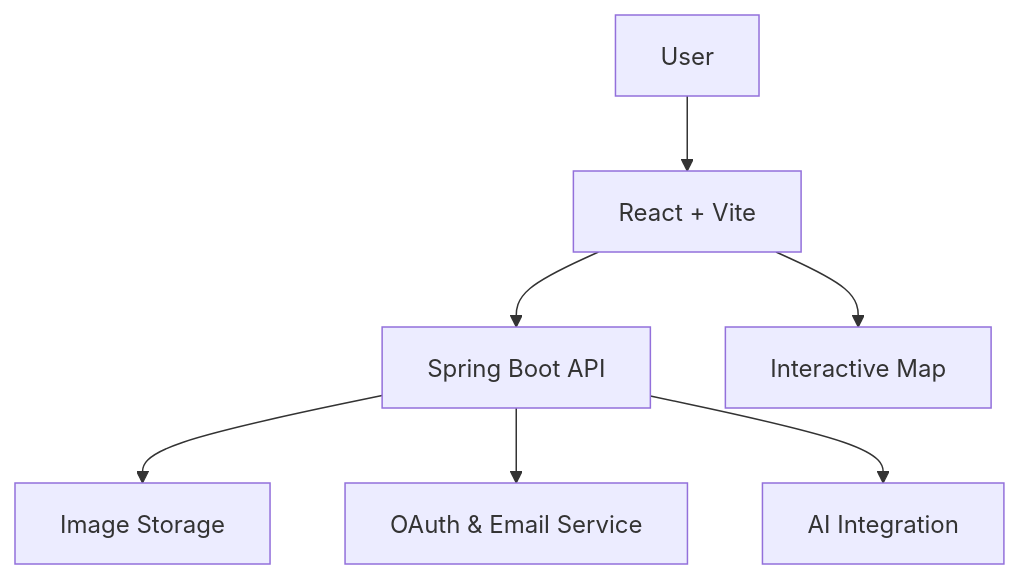
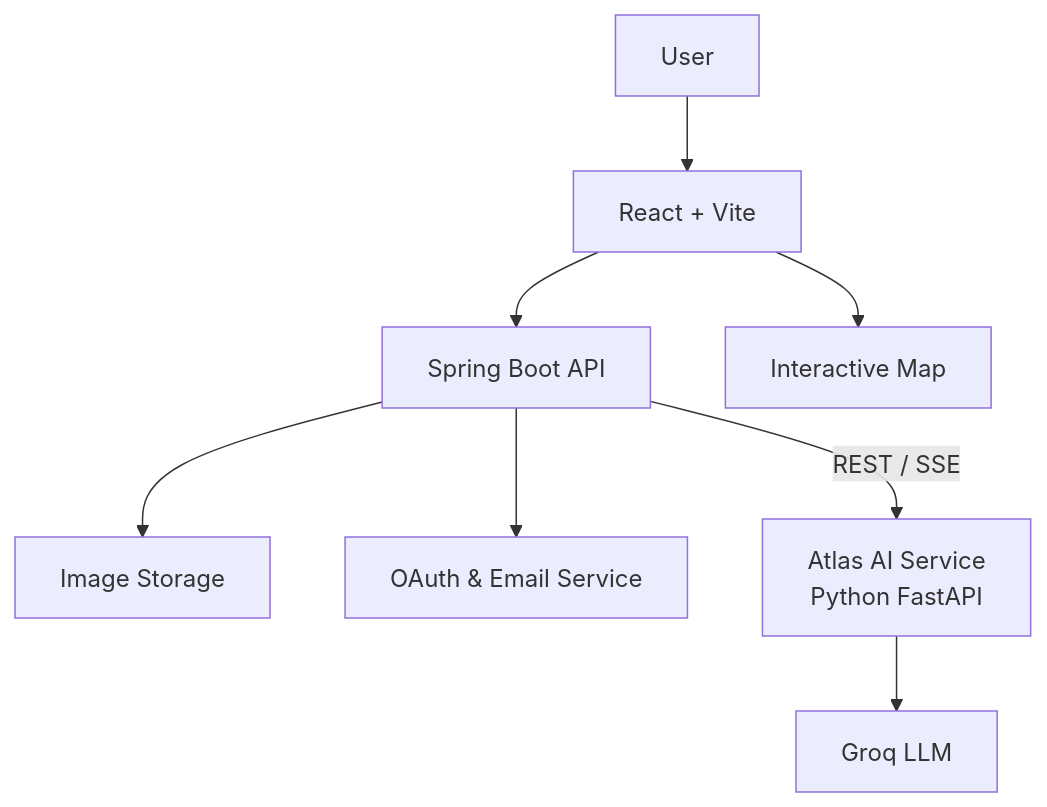
One commit to browny26/atlas-frontend changed the diagram in README.md. Above: the diagram before and after it, drawn with Mermaid. The commit also changed other lines of this file and 12 other files, not shown here.

````diff
--- a/README.md
+++ b/README.md
@@ -181,9 +201,10 @@
 ```mermaid
 graph TD;
   User --> Frontend[React + Vite];
   Frontend --> Backend[Spring Boot API];
   Backend --> Supabase[Image Storage];
   Backend --> Google[OAuth & Email Service];
   Frontend --> GoogleMaps[Interactive Map];
-  Backend --> Groq[AI Integration];
+  Backend -->|REST / SSE| AI[Atlas AI Service<br/>Python FastAPI];
+  AI --> LLM[Groq LLM];
 ```
````
